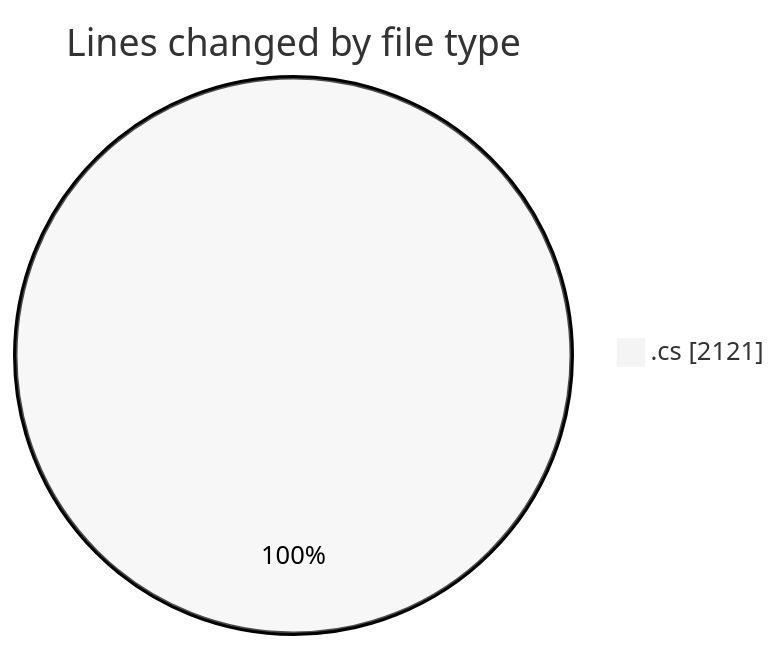
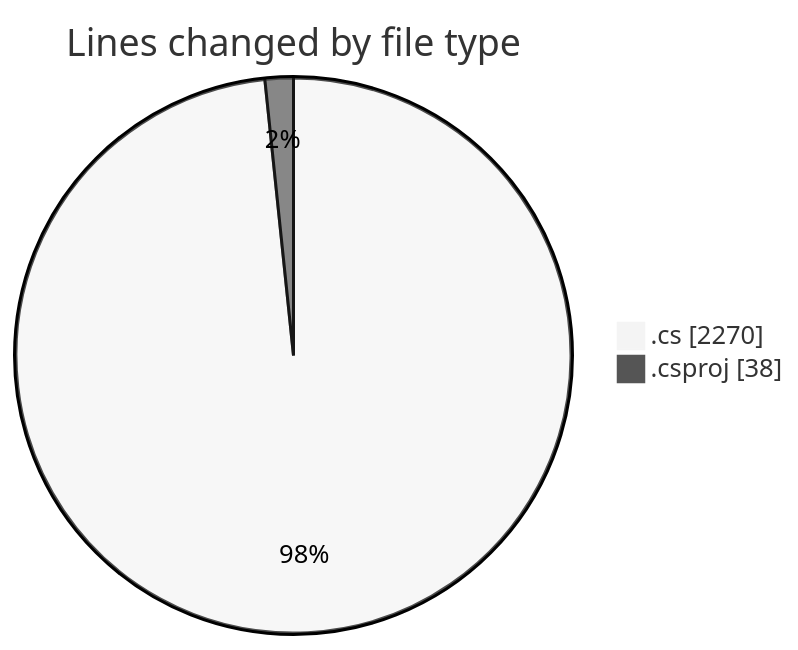
Before and after one commit to Netris89/code-tracking: the first of 2 diagrams in 2025-04-02/back-end/README.md, drawn with Mermaid (neutral theme). The commit also changed other lines of this file and 1 other file, not shown here.

````diff
--- a/2025-04-02/back-end/README.md
+++ b/2025-04-02/back-end/README.md
@@ -29,5 +31,6 @@
 ```mermaid
 pie showData
 title Lines changed by file type
-".cs" : 2121
+".cs" : 2270
+".csproj" : 38
 ```
````
